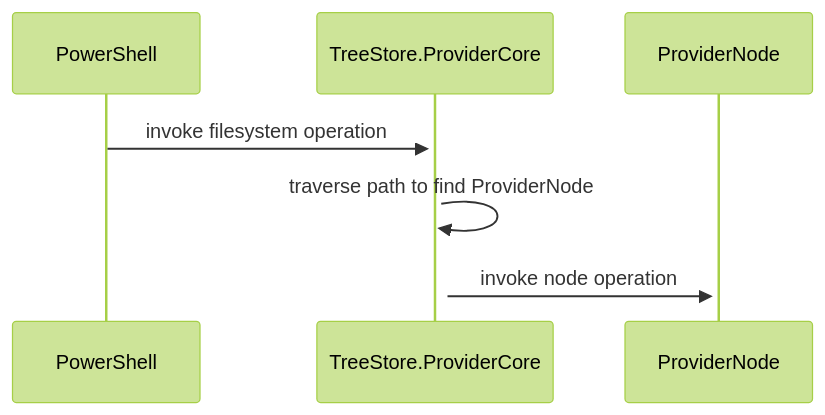
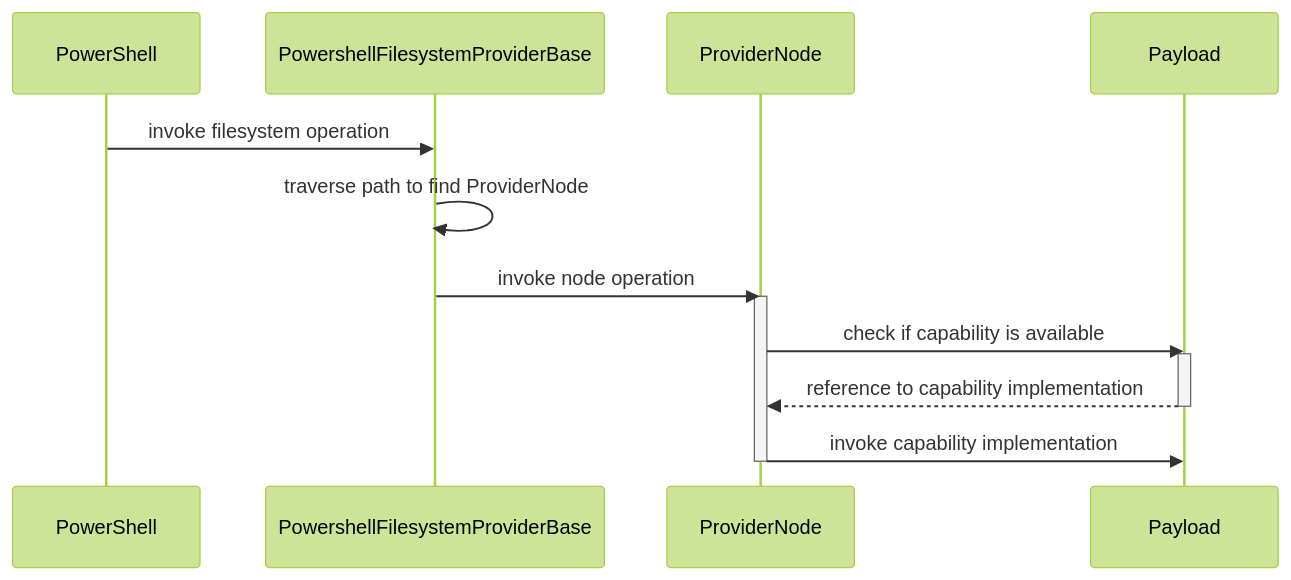
The diagram in README.md (wgross/TreeStore.Core), drawn with Mermaid (forest theme) before and after one commit. The commit also changed other lines of this file and 26 other files, not shown here.

First line of the commit message:
[DOCS] more docs for TreeStore

````diff
--- a/README.md
+++ b/README.md
@@ -23,6 +21,22 @@
 ```mermaid
+%%{
+	init: { 
+		"sequence": { 
+			"showSequenceNumbers":true,
+			"rightAngles":true,
+		}
+	}
+}%%
+
 sequenceDiagram
-    PowerShell ->>+ TreeStore.ProviderCore: invoke filesystem operation
-    TreeStore.ProviderCore ->>+ TreeStore.ProviderCore: traverse path to find ProviderNode
-    TreeStore.ProviderCore ->>+ ProviderNode: invoke node operation
+    PowerShell ->> PowershellFilesystemProviderBase: invoke filesystem operation
+    PowershellFilesystemProviderBase ->> PowershellFilesystemProviderBase: traverse path to find ProviderNode
+    PowershellFilesystemProviderBase ->> ProviderNode: invoke node operation
+    activate ProviderNode
+    ProviderNode ->> Payload: check if capability is available
+    activate Payload
+    Payload -->> ProviderNode: reference to capability implementation
+    deactivate Payload
+    ProviderNode ->> Payload: invoke capability implementation
+    deactivate ProviderNode
 ```
````
